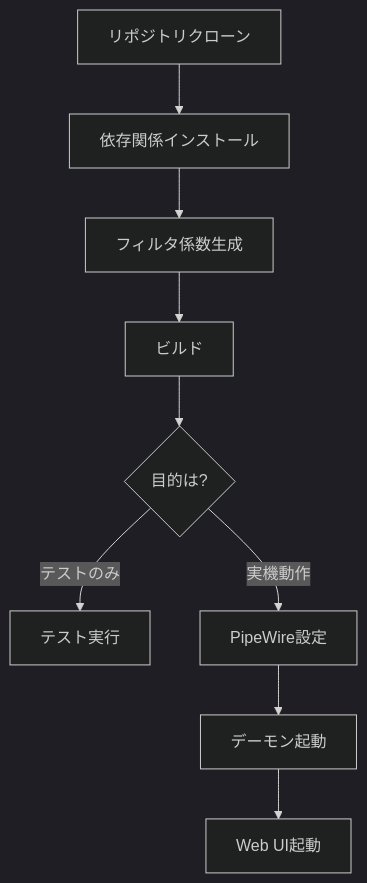
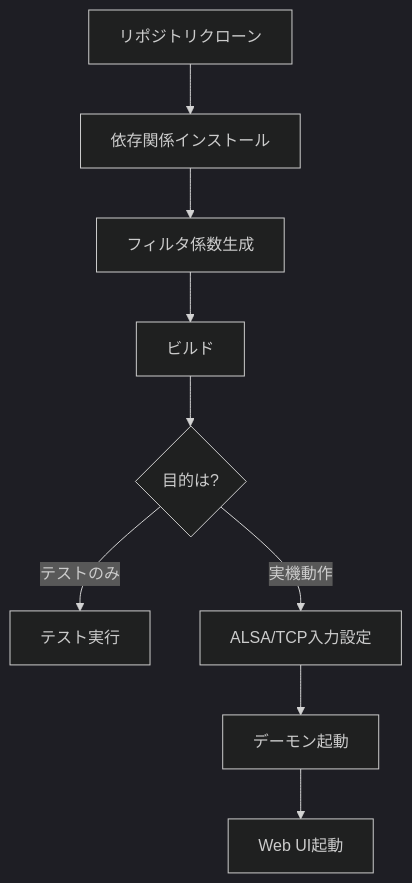
The diagram in docs/setup/README.md (michihitoTakami/totton_audio_project), drawn with Mermaid (dark theme) before and after one commit. The commit also changed other lines of this file and 31 other files, not shown here.

Commit message:
Remove PipeWire/RTP artifacts and align docs to ALSA/TCP

````diff
--- a/docs/setup/README.md
+++ b/docs/setup/README.md
@@ -69,11 +68,11 @@
 ```mermaid
 flowchart TD
     A[リポジトリクローン] --> B[依存関係インストール]
     B --> C[フィルタ係数生成]
     C --> D[ビルド]
     D --> E{目的は?}
     E -->|テストのみ| F[テスト実行]
-    E -->|実機動作| G[PipeWire設定]
+    E -->|実機動作| G[ALSA/TCP入力設定]
     G --> H[デーモン起動]
     H --> I[Web UI起動]
 ```
````
